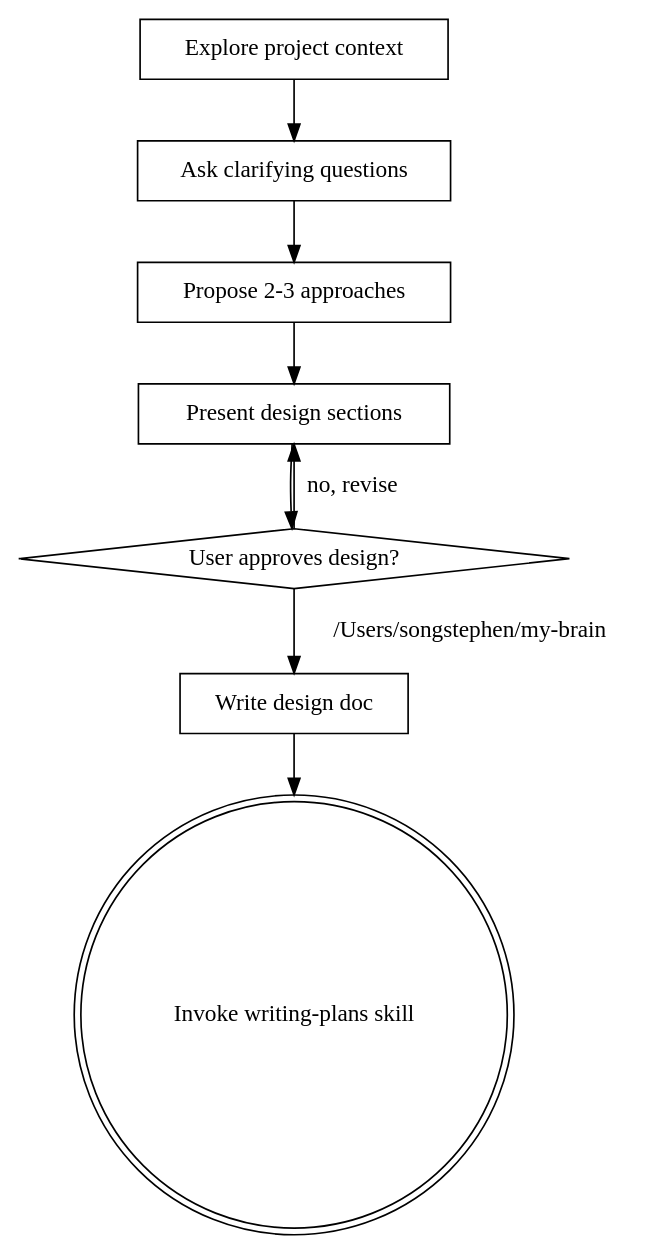
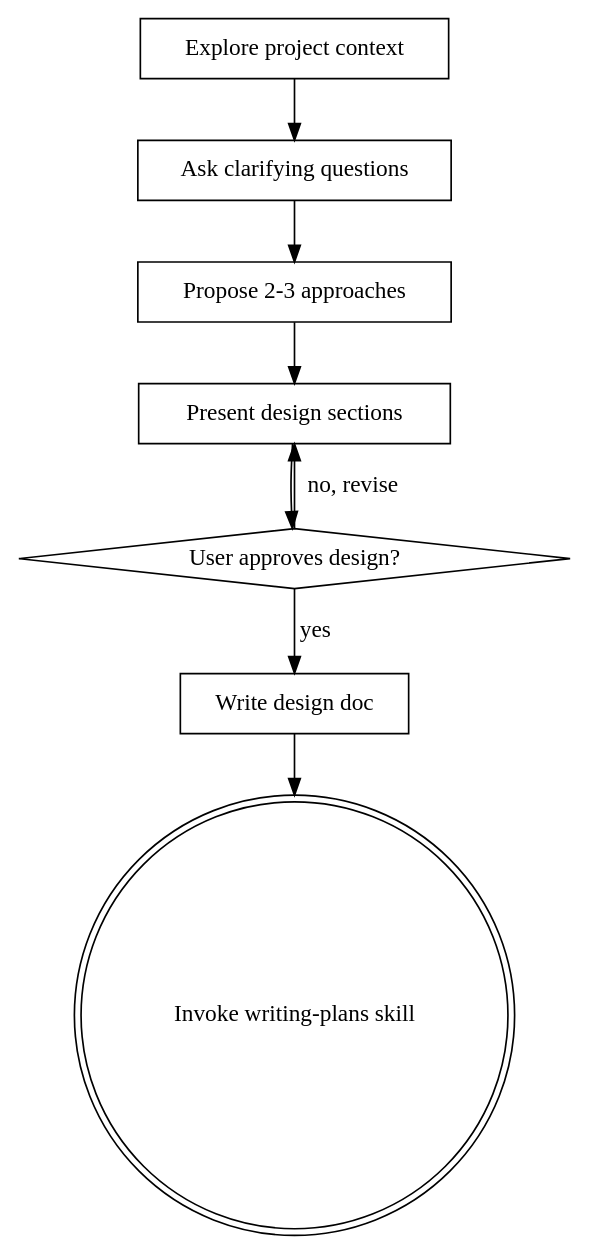
The diagram in skills/recommended/brainstorming/SKILL.md (songstephen123/Obsidian-Brain-OS), drawn with Graphviz before and after one commit. The commit also changed 13 other files, not shown here.

````diff
--- a/skills/recommended/brainstorming/SKILL.md
+++ b/skills/recommended/brainstorming/SKILL.md
@@ -35,19 +35,19 @@
 ```dot
 digraph brainstorming {
     "Explore project context" [shape=box];
     "Ask clarifying questions" [shape=box];
     "Propose 2-3 approaches" [shape=box];
     "Present design sections" [shape=box];
     "User approves design?" [shape=diamond];
     "Write design doc" [shape=box];
     "Invoke writing-plans skill" [shape=doublecircle];
 
     "Explore project context" -> "Ask clarifying questions";
     "Ask clarifying questions" -> "Propose 2-3 approaches";
     "Propose 2-3 approaches" -> "Present design sections";
     "Present design sections" -> "User approves design?";
     "User approves design?" -> "Present design sections" [label="no, revise"];
-    "User approves design?" -> "Write design doc" [label="/Users/songstephen/my-brain"];
+    "User approves design?" -> "Write design doc" [label="yes"];
     "Write design doc" -> "Invoke writing-plans skill";
 }
 ```
````
